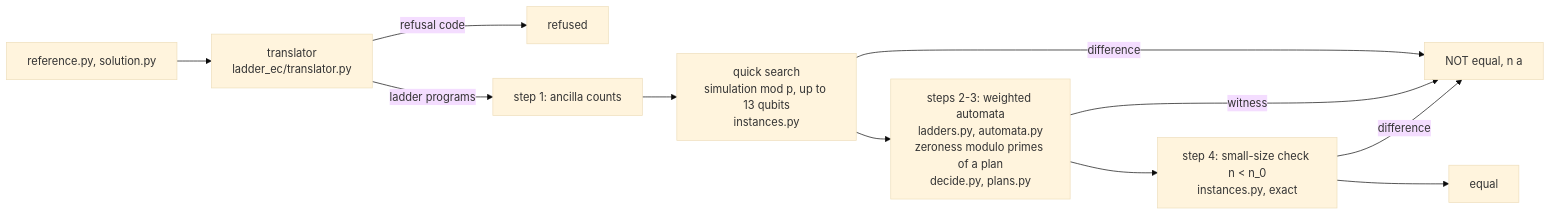
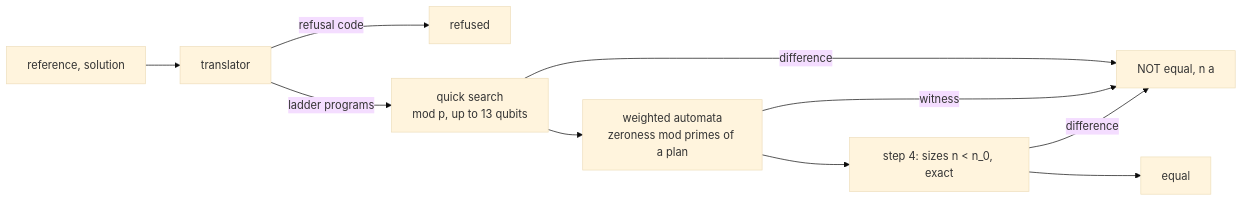
The diagram in README.md (alpha7en/ladder_ec), drawn with Mermaid (base theme) before and after one commit. The commit also changed other lines of this file and 6 other files, not shown here.

````diff
--- a/README.md
+++ b/README.md
@@ -67,13 +60,12 @@
 ```mermaid
 flowchart LR
-  A[reference.py, solution.py] --> T[translator<br/>ladder_ec/translator.py]
+  A[reference, solution] --> T[translator]
   T -->|refusal code| X[refused]
-  T -->|ladder programs| S1[step 1: ancilla counts]
-  S1 --> Q[quick search<br/>simulation mod p, up to 13 qubits<br/>instances.py]
+  T -->|ladder programs| Q[quick search<br/>mod p, up to 13 qubits]
   Q -->|difference| N[NOT equal, n a]
-  Q --> W[steps 2-3: weighted automata<br/>ladders.py, automata.py<br/>zeroness modulo primes of a plan<br/>decide.py, plans.py]
+  Q --> W[weighted automata<br/>zeroness mod primes of a plan]
   W -->|witness| N
-  W --> S4[step 4: small-size check n < n_0<br/>instances.py, exact]
+  W --> S4[step 4: sizes n < n_0, exact]
   S4 -->|difference| N
   S4 --> E[equal]
 ```
````
